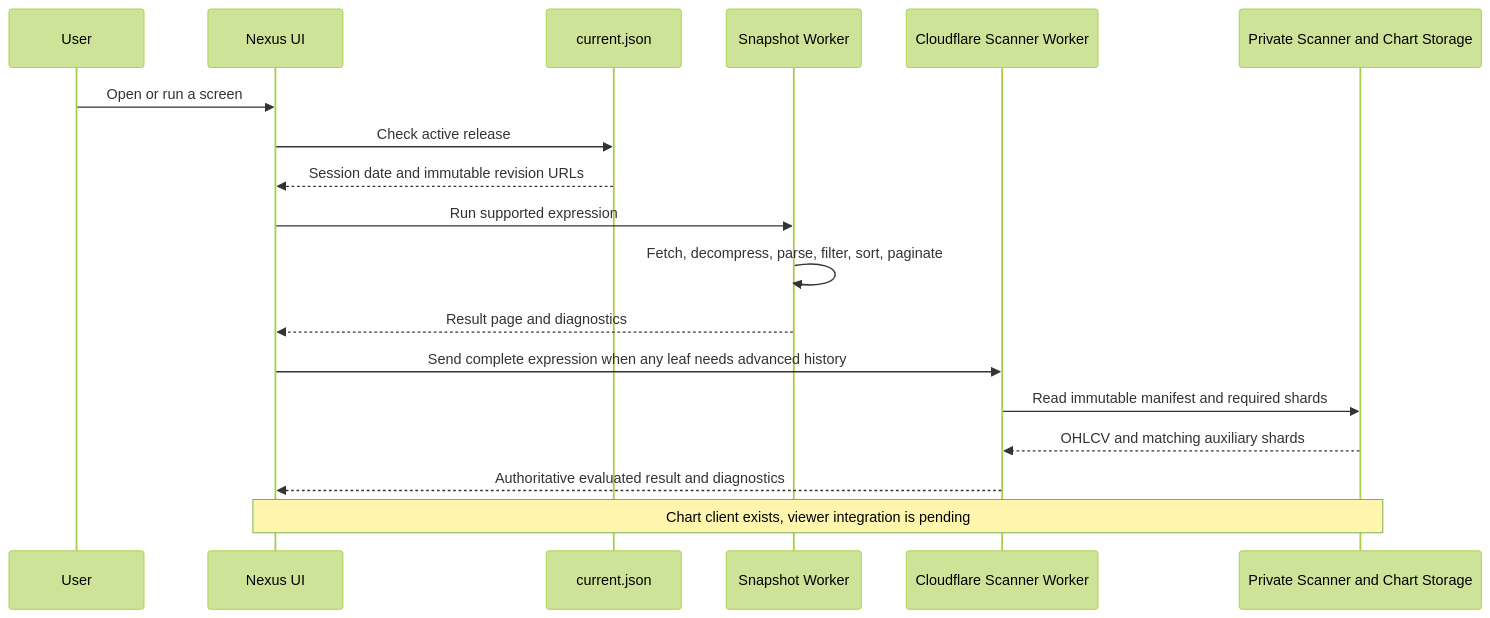
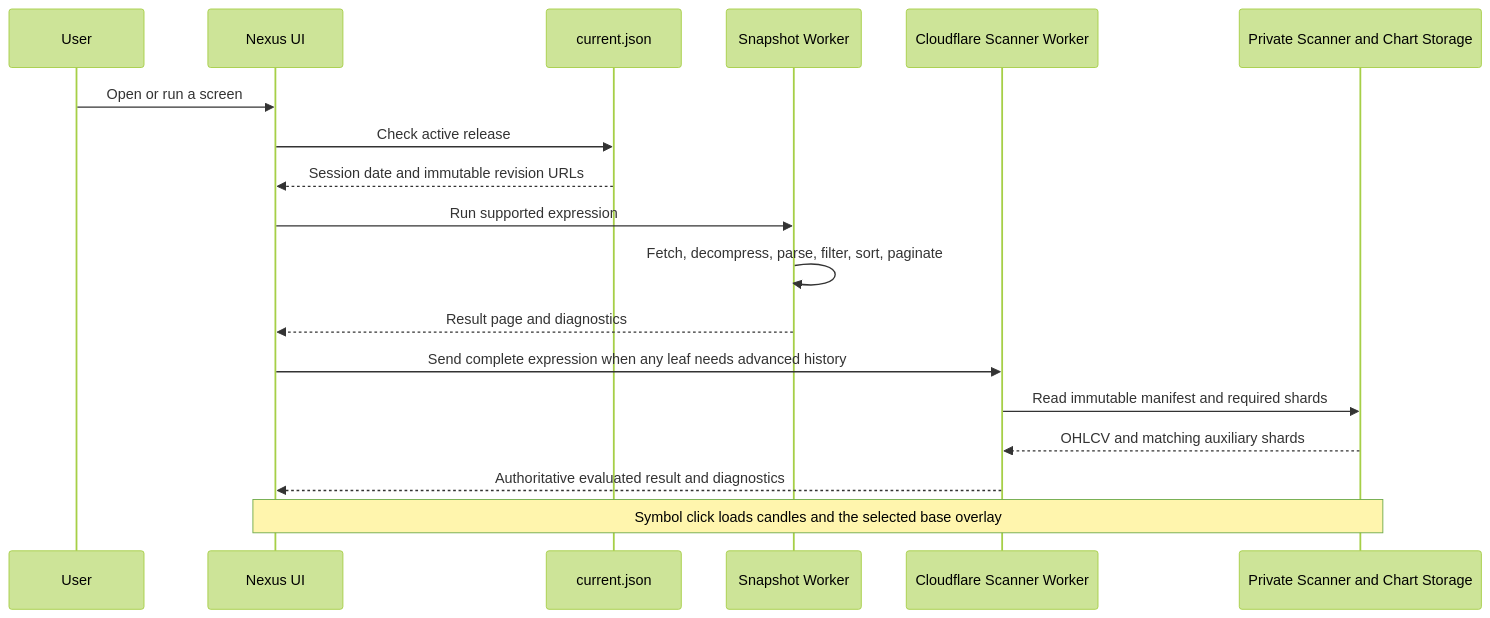
Before and after one commit to Anny26022/nexus-scanner: the first of 2 diagrams in README.md, drawn with Mermaid (forest theme). The commit also changed other lines of this file and 47 other files, not shown here.

````diff
--- a/README.md
+++ b/README.md
@@ -402,21 +402,21 @@
 ```mermaid
 sequenceDiagram
   participant U as User
   participant UI as Nexus UI
   participant M as current.json
   participant W as Snapshot Worker
   participant API as Cloudflare Scanner Worker
   participant R2 as Private Scanner and Chart Storage
 
   U->>UI: Open or run a screen
   UI->>M: Check active release
   M-->>UI: Session date and immutable revision URLs
   UI->>W: Run supported expression
   W->>W: Fetch, decompress, parse, filter, sort, paginate
   W-->>UI: Result page and diagnostics
   UI->>API: Send complete expression when any leaf needs advanced history
   API->>R2: Read immutable manifest and required shards
   R2-->>API: OHLCV and matching auxiliary shards
   API-->>UI: Authoritative evaluated result and diagnostics
-  Note over UI,R2: Chart client exists, viewer integration is pending
+  Note over UI,R2: Symbol click loads candles and the selected base overlay
 ```
````
